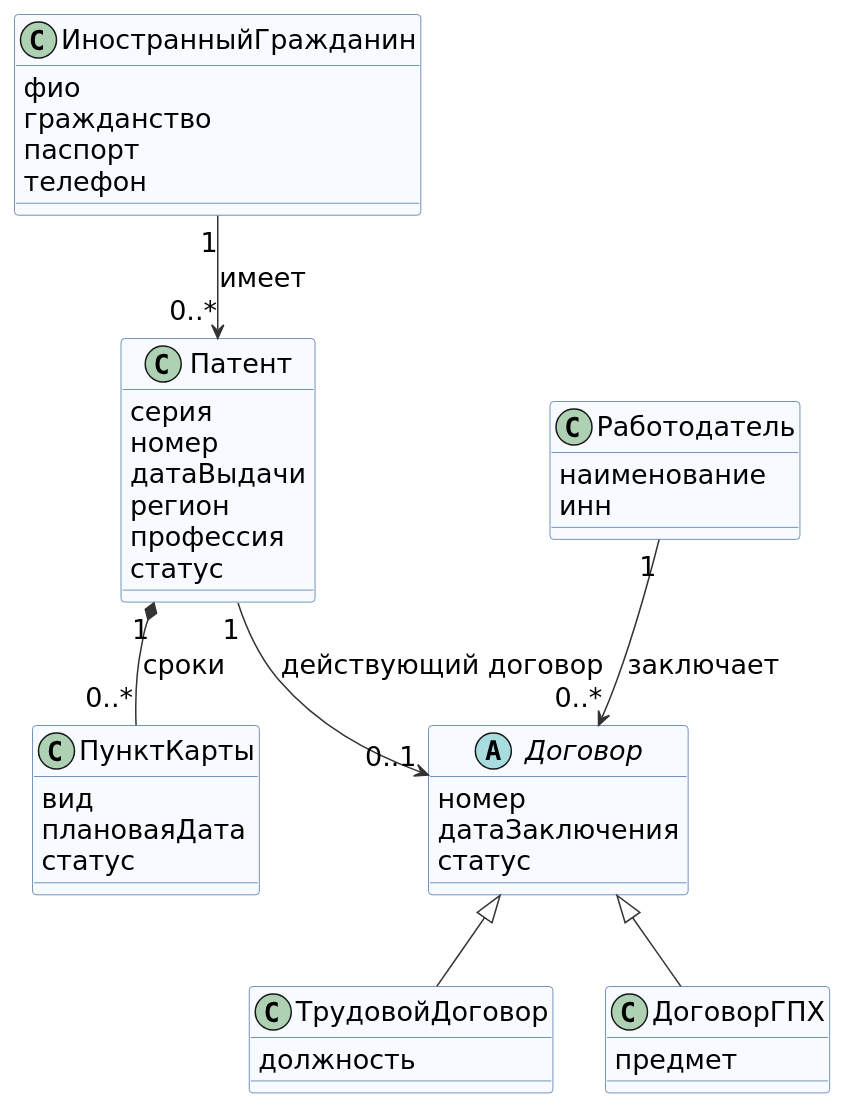
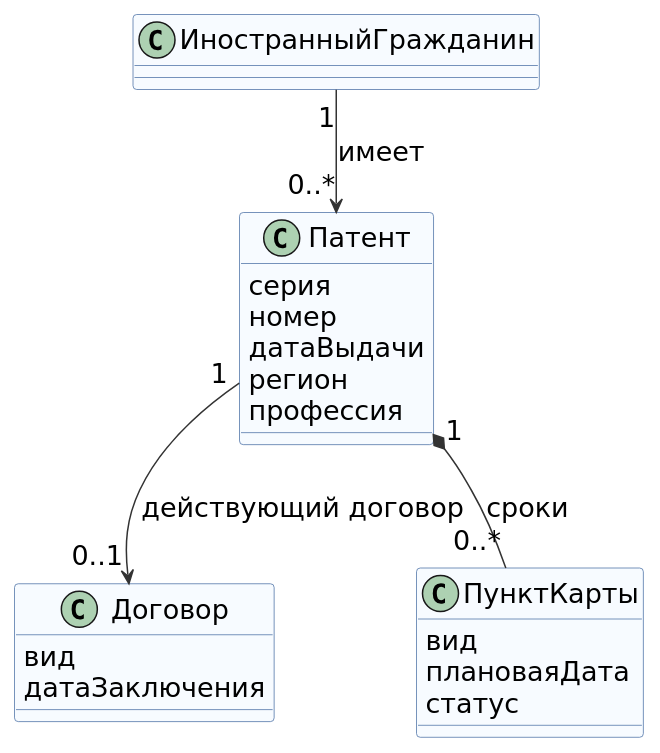
The diagram in tsu/5sem/Функциональное моделирование систем/документы/src/class-diagram.puml (mflkee/study), drawn with PlantUML before and after one commit. The commit also changed 9 other files, not shown here.

```diff
--- a/tsu/5sem/Функциональное моделирование систем/документы/src/class-diagram.puml
+++ b/tsu/5sem/Функциональное моделирование систем/документы/src/class-diagram.puml
@@ -1,59 +1,37 @@
 @startuml class-diagram
-' Лаб. 2: модель предметной области темы 7 (пункты 7.1 и 7.2).
-' Только атрибуты; без id, методов и модификаторов доступа.
+' Лаб. 2: модель предметной области. Четыре класса, только то, что нужно сценариям лабы 1.
 skinparam shadowing false
 skinparam defaultFontName "DejaVu Sans"
 skinparam defaultFontSize 18
 skinparam classAttributeIconSize 0
 skinparam class {
   BackgroundColor #F7FBFF
   BorderColor #4A6FA5
 }
 skinparam ArrowColor #333333
 
-class ИностранныйГражданин {
-  фио
-  гражданство
-  паспорт
-  телефон
-}
+class ИностранныйГражданин
 
 class Патент {
   серия
   номер
   датаВыдачи
   регион
   профессия
-  статус
 }
 
-class Работодатель {
-  наименование
-  инн
+class Договор {
+  вид
+  датаЗаключения
 }
-
-abstract class Договор {
-  номер
-  датаЗаключения
-  статус
-}
-class ТрудовойДоговор {
-  должность
-}
-class ДоговорГПХ {
-  предмет
-}
-Договор <|-- ТрудовойДоговор
-Договор <|-- ДоговорГПХ
 
 class ПунктКарты {
   вид
   плановаяДата
   статус
 }
 
 ИностранныйГражданин "1" --> "0..*" Патент : имеет
 Патент "1" --> "0..1" Договор : действующий договор
-Работодатель "1" --> "0..*" Договор : заключает
 Патент "1" *-- "0..*" ПунктКарты : сроки
 @enduml
```
